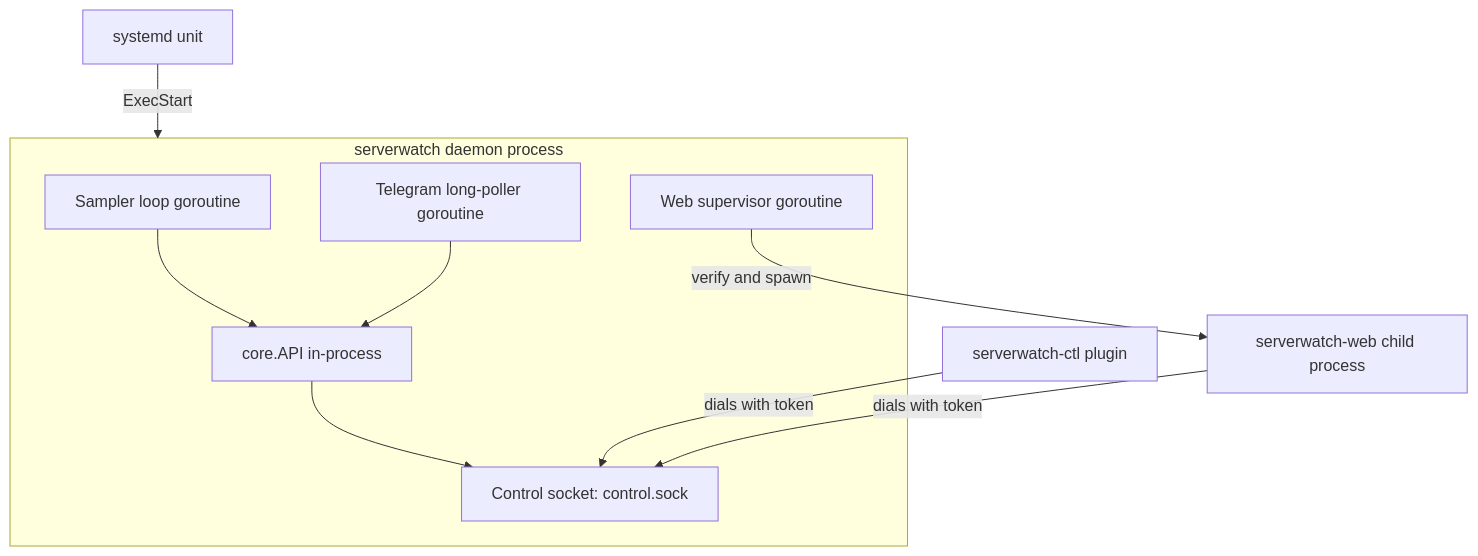
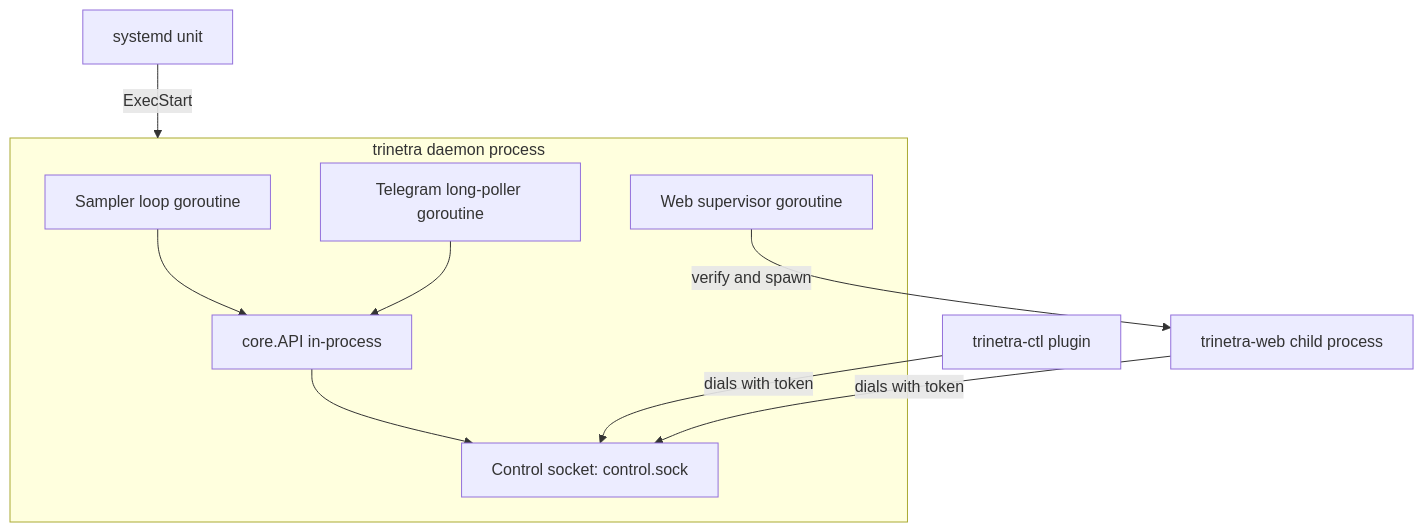
Before and after one commit to InfoDiveLabs/trinetra: the first of 7 diagrams in docs/handbook/02-architecture.md, drawn with Mermaid. The commit also changed other lines of this file and 20 other files, not shown here.

````diff
--- a/docs/handbook/02-architecture.md
+++ b/docs/handbook/02-architecture.md
@@ -41,20 +41,20 @@
 ```mermaid
 graph TD
   sd[systemd unit] -->|ExecStart| proc
 
-  subgraph proc[serverwatch daemon process]
+  subgraph proc[trinetra daemon process]
     sampler[Sampler loop goroutine]
     poller[Telegram long-poller goroutine]
     supervisor[Web supervisor goroutine]
     api[core.API in-process]
     sock[Control socket: control.sock]
   end
 
   sampler --> api
   poller --> api
   api --> sock
 
   supervisor -->|verify and spawn| webplug
-  ctl[serverwatch-ctl plugin] -->|dials with token| sock
-  webplug[serverwatch-web child process] -->|dials with token| sock
+  ctl[trinetra-ctl plugin] -->|dials with token| sock
+  webplug[trinetra-web child process] -->|dials with token| sock
 ```
````
